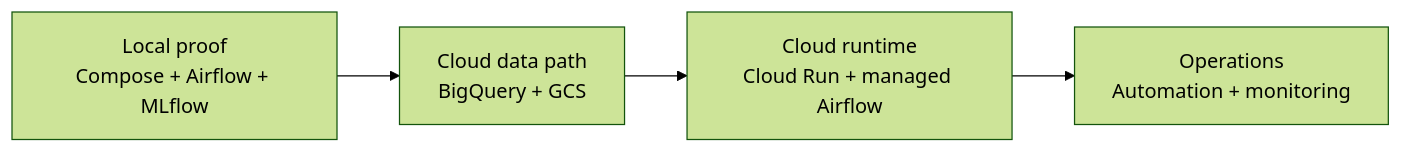
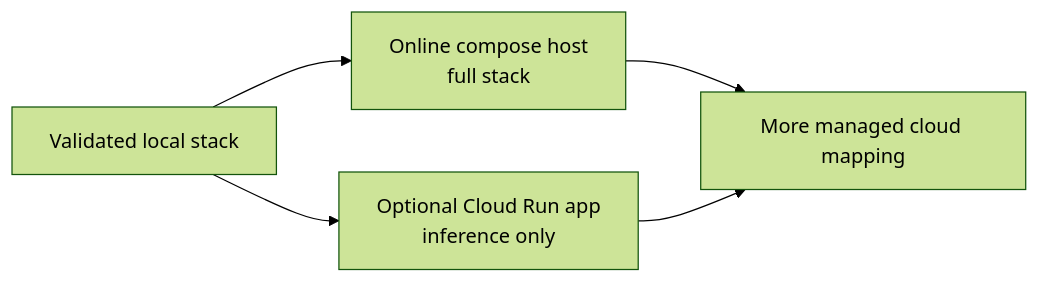
Before and after one commit to javihslu/foehncast: the second of 2 diagrams in docs/site/system/architecture.md, drawn with Mermaid (forest theme). The commit also changed other lines of this file and 18 other files, not shown here.

````diff
--- a/docs/site/system/architecture.md
+++ b/docs/site/system/architecture.md
@@ -53,6 +82,7 @@
-```mermaid
+<div class="mermaid">
 flowchart LR
-    LOCAL[Local proof<br/>Compose + Airflow + MLflow] --> DATA[Cloud data path<br/>BigQuery + GCS]
-    DATA --> RUNTIME[Cloud runtime<br/>Cloud Run + managed Airflow]
-    RUNTIME --> OPS[Operations<br/>Automation + monitoring]
-```
+    LOCAL[Validated local stack] --> HOST[Online compose host<br/>full stack]
+    LOCAL --> RUN[Optional Cloud Run app<br/>inference only]
+    HOST --> NEXT[More managed cloud mapping]
+    RUN --> NEXT
+</div>
````
